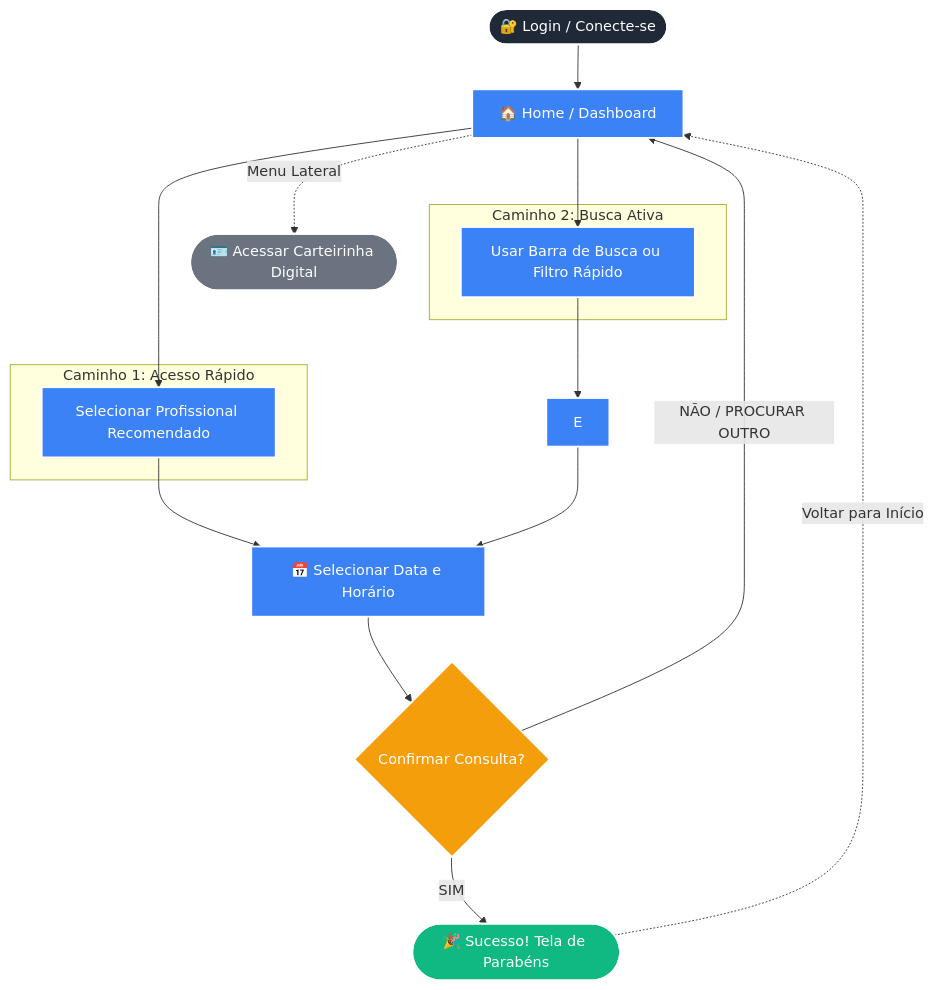
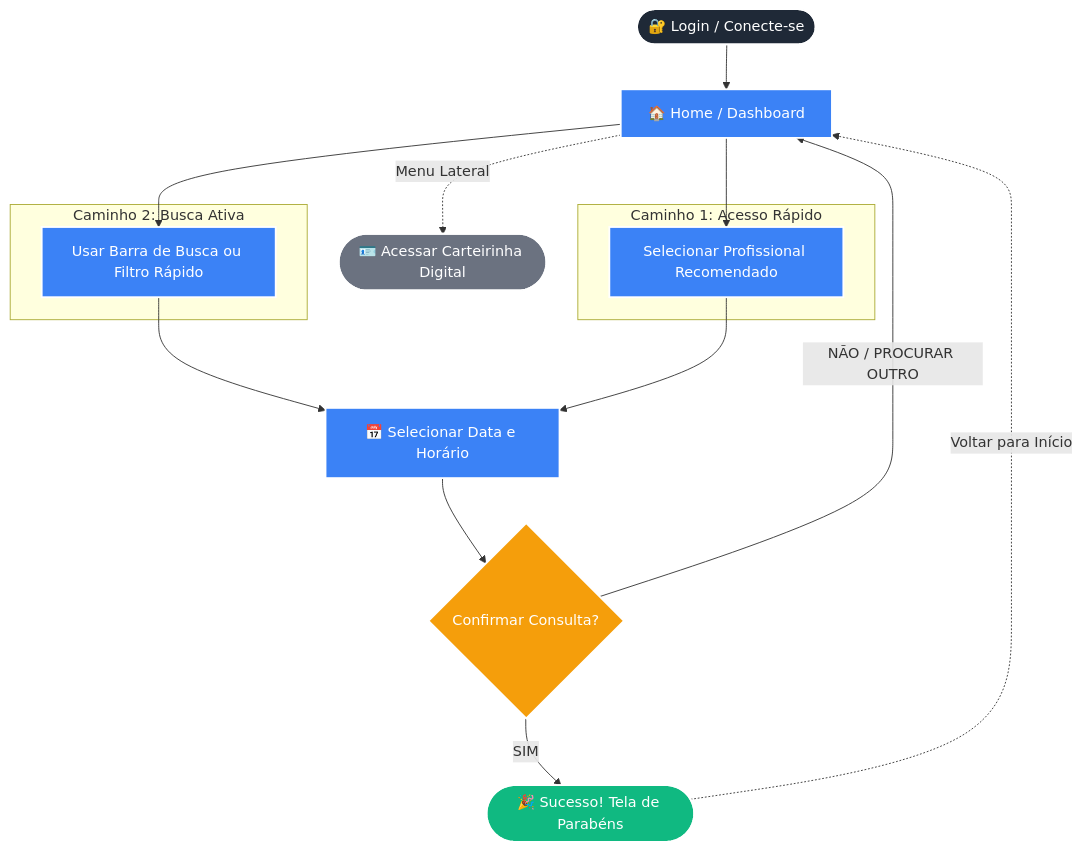
The diagram in README.md (Talisom-santos/Aplicativo-Plano-de-Sa-de-), drawn with Mermaid before and after one commit.

Commit message:
Update graph connections in README

````diff
--- a/README.md
+++ b/README.md
@@ -52,54 +52,53 @@
 ```mermaid
 flowchart TD
     %% Definição de Cores e Estilos
     classDef startEnd fill:#1f2937,stroke:#fff,stroke-width:2px,color:#fff;
     classDef task fill:#3b82f6,stroke:#fff,stroke-width:2px,color:#fff;
     classDef decision fill:#f59e0b,stroke:#fff,stroke-width:2px,color:#fff;
     classDef success fill:#10b981,stroke:#fff,stroke-width:2px,color:#fff;
     classDef secondary fill:#6b7280,stroke:#fff,stroke-width:2px,color:#fff;
 
     %% Nódulos do Fluxo (Textos entre aspas evitam erros de caracteres)
     A(["🔐 Login / Conecte-se"])
     B["🏠 Home / Dashboard"]
     
     %% Caminho 1
     subgraph Caminho1 ["Caminho 1: Acesso Rápido"]
         C["Selecionar Profissional Recomendado"]
     end
     
     %% Caminho 2
     subgraph Caminho2 ["Caminho 2: Busca Ativa"]
         D["Usar Barra de Busca ou Filtro Rápido"]
     end
 
     %% Etapas Comuns
     F["📅 Selecionar Data e Horário"]
     G{"Confirmar Consulta?"}
     H(["🎉 Sucesso! Tela de Parabéns"])
     I(["🪪 Acessar Carteirinha Digital"])
 
     %% Conexões
     A --> B
     
     B --> C
     B --> D
-    D --> E
+    D --> F
     
     C --> F
-    E --> F
     
     F --> G
     
     G -->|SIM| H
     G -->|NÃO / PROCURAR OUTRO| B
     
     H -.->|Voltar para Início| B
     B -.->|Menu Lateral| I
 
     %% Aplicando estilos com segurança no GitHub
     class A startEnd;
     class B,C,D,E,F task;
     class G decision;
     class H success;
     class I secondary;
 ```
````
